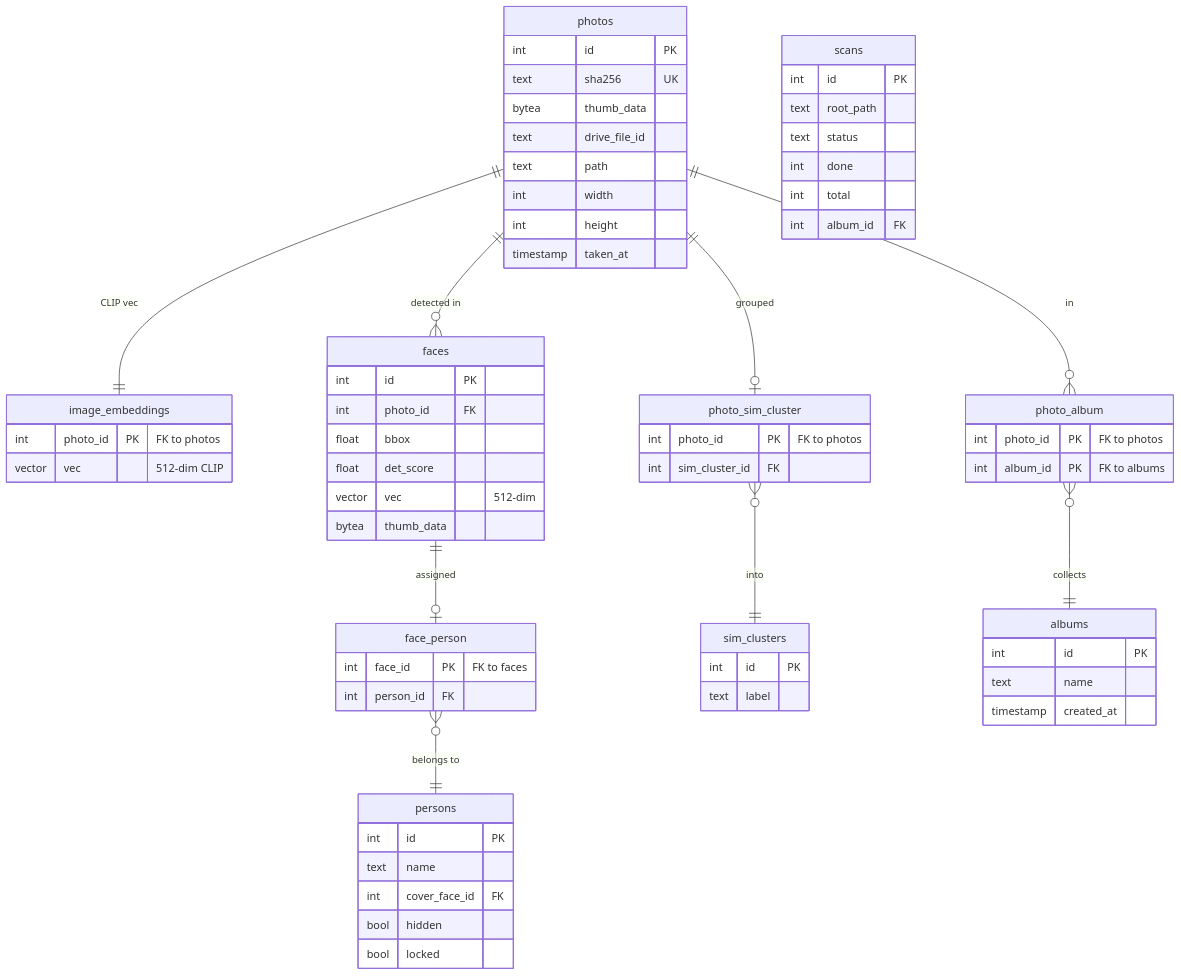
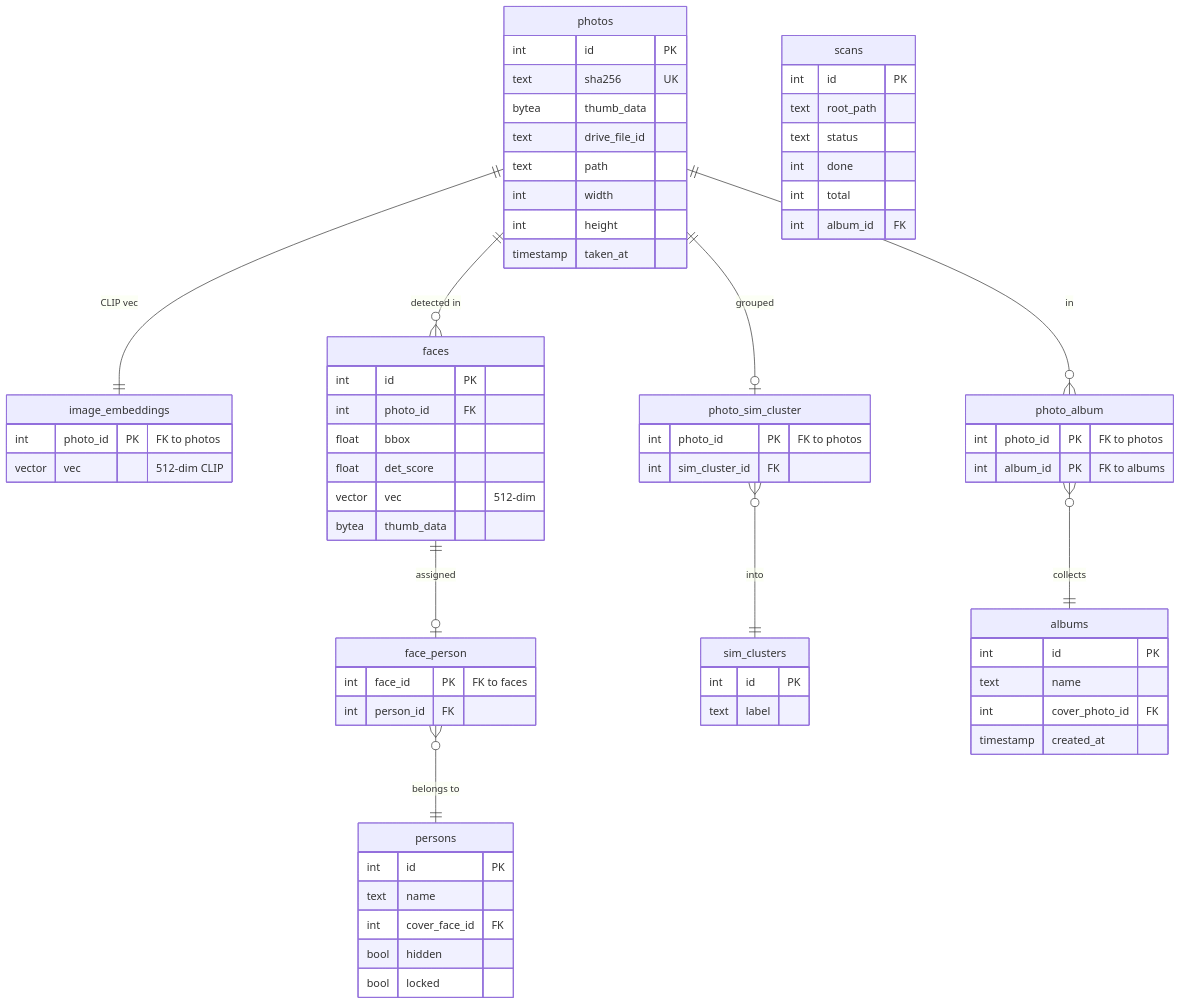
One commit to DeKal/photo-gallery changed the second of 6 diagrams in docs/architecture.md. Above: the diagram before and after it, drawn with Mermaid. The commit also changed other lines of this file and 2 other files, not shown here.

````diff
--- a/docs/architecture.md
+++ b/docs/architecture.md
@@ -40,70 +82,71 @@
 ```mermaid
 erDiagram
     photos ||--|| image_embeddings : "CLIP vec"
     photos ||--o{ faces : "detected in"
     faces ||--o| face_person : "assigned"
     face_person }o--|| persons : "belongs to"
     photos ||--o| photo_sim_cluster : "grouped"
     photo_sim_cluster }o--|| sim_clusters : "into"
     photos ||--o{ photo_album : "in"
     photo_album }o--|| albums : "collects"
 
     photos {
         int id PK
         text sha256 UK
         bytea thumb_data
         text drive_file_id
         text path
         int width
         int height
         timestamp taken_at
     }
     image_embeddings {
         int photo_id PK "FK to photos"
         vector vec "512-dim CLIP"
     }
     faces {
         int id PK
         int photo_id FK
         float bbox
         float det_score
         vector vec "512-dim"
         bytea thumb_data
     }
     face_person {
         int face_id PK "FK to faces"
         int person_id FK
     }
     persons {
         int id PK
         text name
         int cover_face_id FK
         bool hidden
         bool locked
     }
     sim_clusters {
         int id PK
         text label
     }
     photo_sim_cluster {
         int photo_id PK "FK to photos"
         int sim_cluster_id FK
     }
     scans {
         int id PK
         text root_path
         text status
         int done
         int total
         int album_id FK
     }
     albums {
         int id PK
         text name
+        int cover_photo_id FK
         timestamp created_at
     }
     photo_album {
         int photo_id PK "FK to photos"
         int album_id PK "FK to albums"
     }
 ```
````
